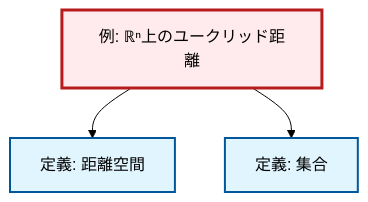
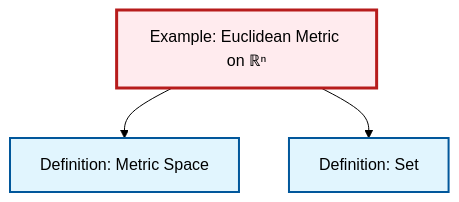
One commit to RK0429/ModernMath changed the diagram in content/ja/geometry/ex-euclidean-metric.qmd. Above: the diagram before and after it, drawn with Mermaid (forest theme). The commit also changed 203 other files, not shown here.

````diff
--- a/content/ja/geometry/ex-euclidean-metric.qmd
+++ b/content/ja/geometry/ex-euclidean-metric.qmd
@@ -52,18 +52,15 @@
 ```{mermaid}
-%%| fig-cap: "局所依存関係グラフ"
+%%| fig-cap: "Local dependency graph"
 graph TD
     classDef definition fill:#e1f5fe,stroke:#01579b,stroke-width:2px
     classDef theorem fill:#f3e5f5,stroke:#4a148c,stroke-width:2px
     classDef axiom fill:#fff3e0,stroke:#e65100,stroke-width:2px
     classDef example fill:#e8f5e9,stroke:#1b5e20,stroke-width:2px
     classDef current fill:#ffebee,stroke:#b71c1c,stroke-width:3px
-    def-set["定義: 集合"]:::definition
-    ex-euclidean-metric["例: ℝⁿ上のユークリッド距離"]:::example
-    def-metric-space["定義: 距離空間"]:::definition
+    def-metric-space["Definition: Metric Space"]:::definition
+    def-set["Definition: Set"]:::definition
+    ex-euclidean-metric["Example: Euclidean Metric on ℝⁿ"]:::example
     ex-euclidean-metric --> def-metric-space
     ex-euclidean-metric --> def-set
     class ex-euclidean-metric current
-
-    click def-set "def-set.html" "Go to 定義: 集合"
-    click def-metric-space "def-metric-space.html" "Go to 定義: 距離空間"
 ```
````
